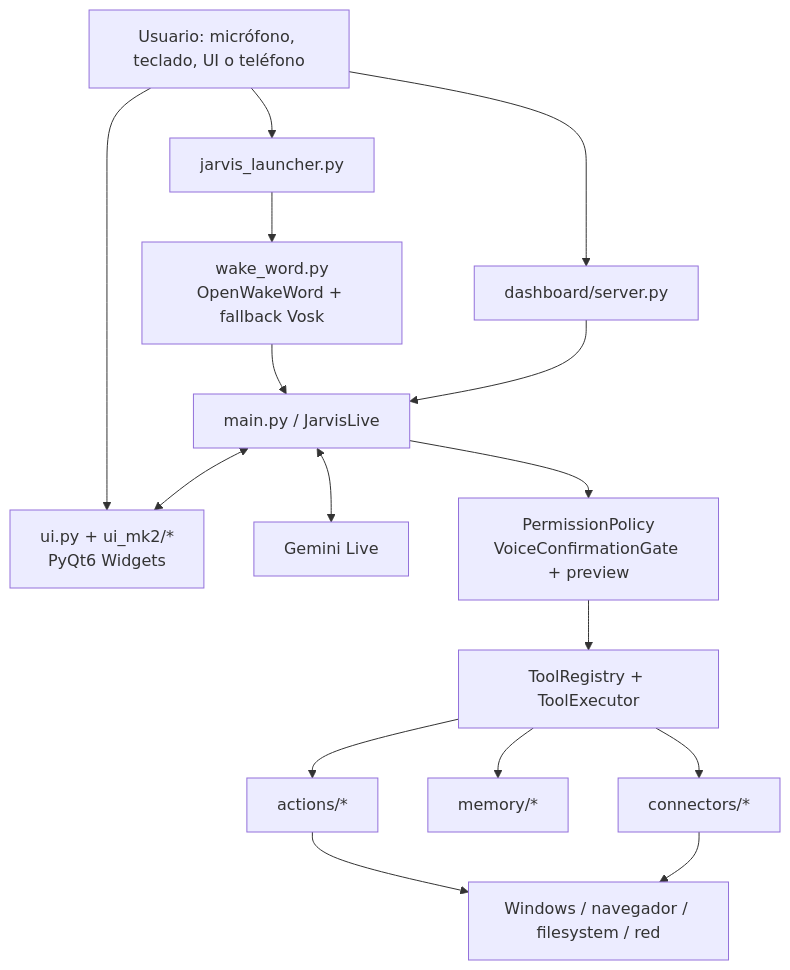
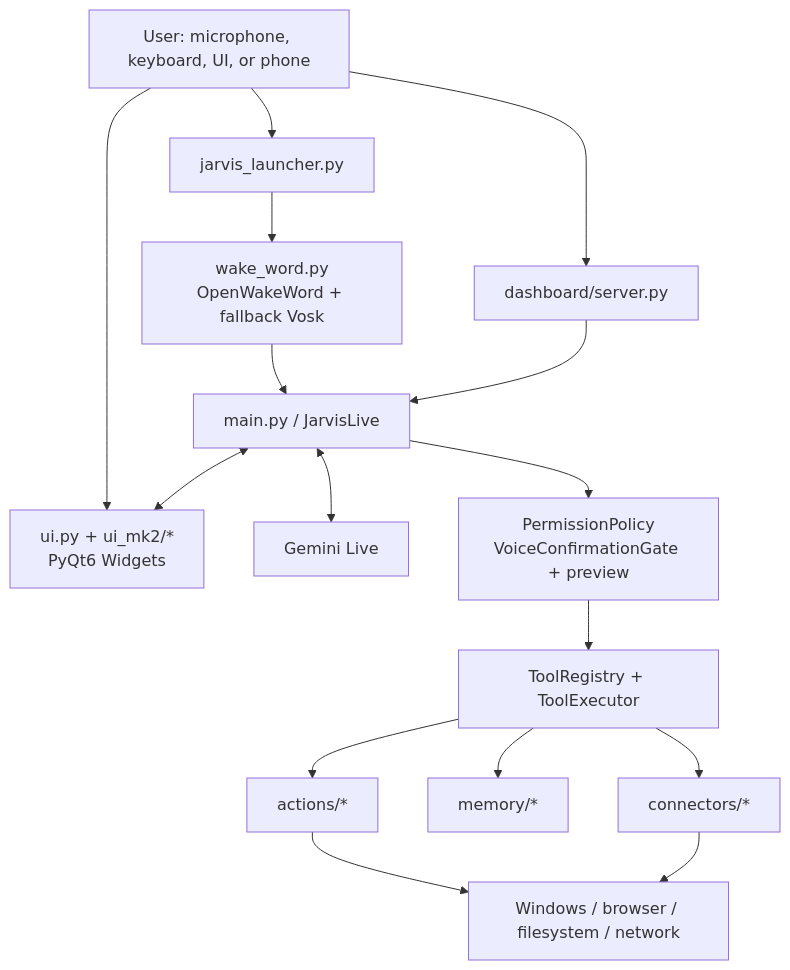
Before and after one commit to alejogaisser/J.A.R.V.I.S.-Prototype: the first of 4 diagrams in ARCHITECTURE.md, drawn with Mermaid. The commit also changed other lines of this file and 28 other files, not shown here.

````diff
--- a/ARCHITECTURE.md
+++ b/ARCHITECTURE.md
@@ -30,32 +30,32 @@
 ```mermaid
 flowchart TD
-    User["Usuario: micrófono, teclado, UI o teléfono"]
+    User["User: microphone, keyboard, UI, or phone"]
     Launcher["jarvis_launcher.py"]
     Wake["wake_word.py\nOpenWakeWord + fallback Vosk"]
     UI["ui.py + ui_mk2/*\nPyQt6 Widgets"]
     Main["main.py / JarvisLive"]
     Gemini["Gemini Live"]
     Policy["PermissionPolicy\nVoiceConfirmationGate + preview"]
     Tools["ToolRegistry + ToolExecutor"]
     Actions["actions/*"]
     Memory["memory/*"]
     Connectors["connectors/*"]
     Dashboard["dashboard/server.py"]
-    OS["Windows / navegador / filesystem / red"]
+    OS["Windows / browser / filesystem / network"]
 
     User --> Launcher
     Launcher --> Wake
     Wake --> Main
     User --> UI
     User --> Dashboard
     Dashboard --> Main
     Main <--> UI
     Main <--> Gemini
     Main --> Policy
     Policy --> Tools
     Tools --> Actions
     Tools --> Memory
     Tools --> Connectors
     Actions --> OS
     Connectors --> OS
 ```
````
